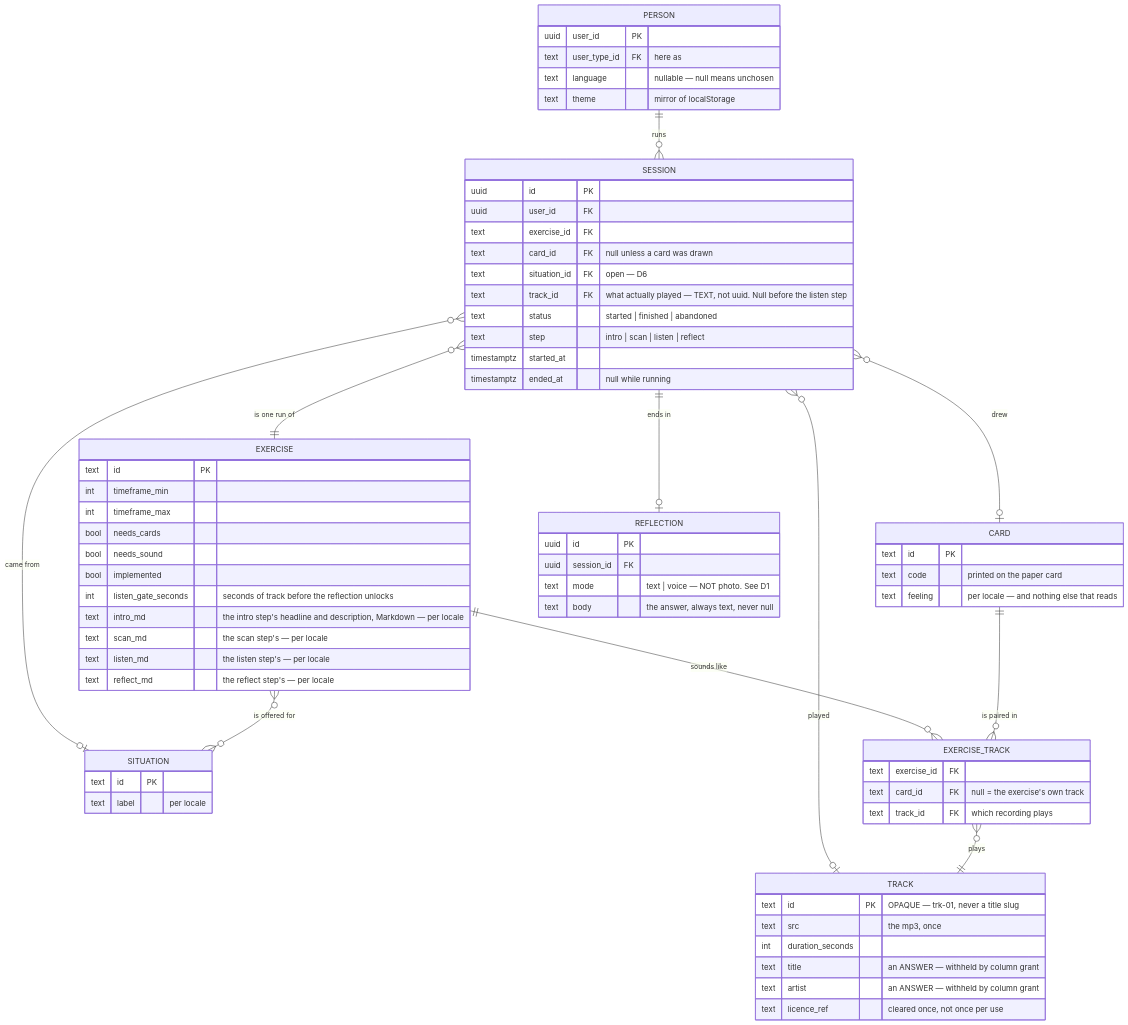
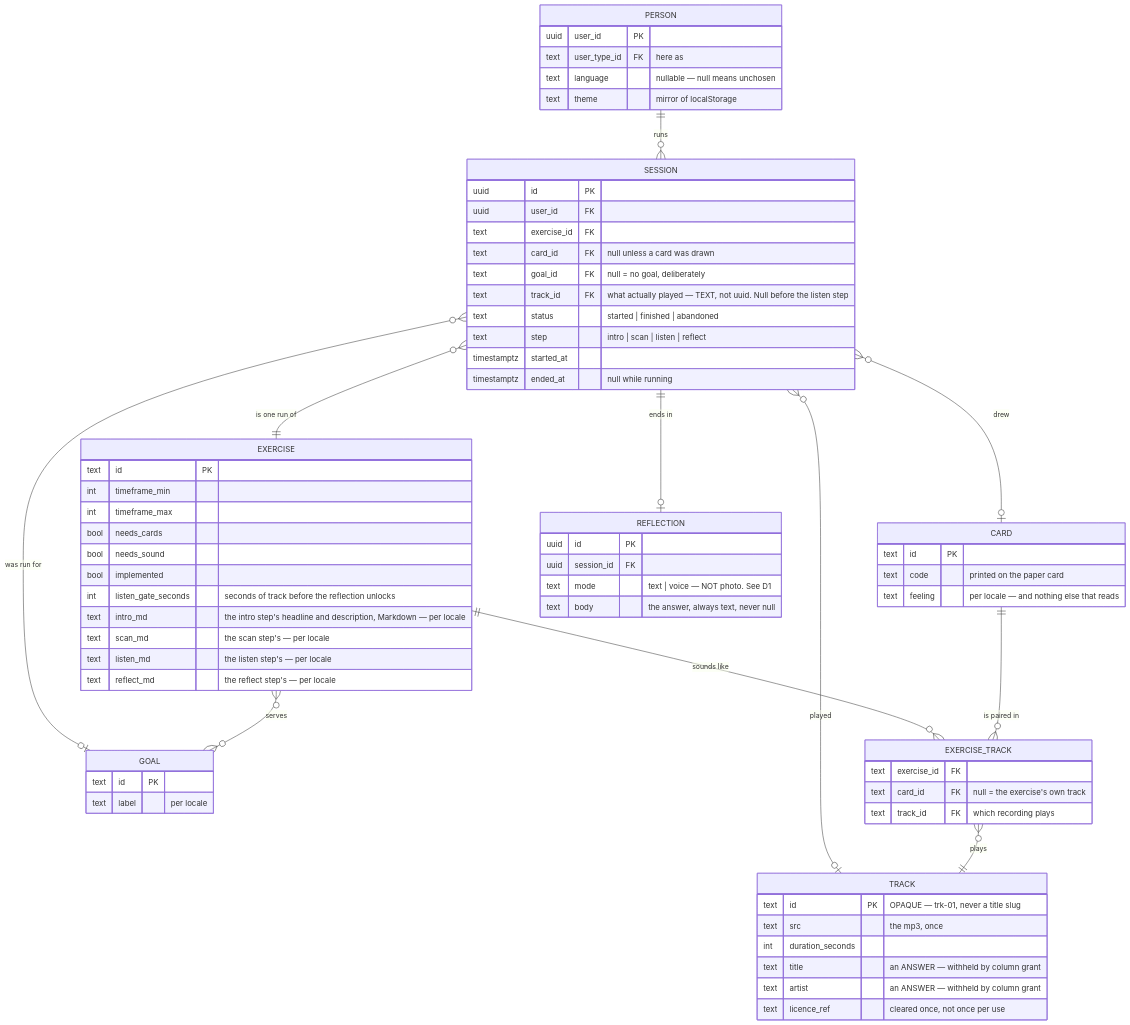
The first of 2 diagrams in DOMAIN-MODEL.md (product-ben/musie), drawn with Mermaid before and after one commit. The commit also changed other lines of this file and 32 other files, not shown here.

First line of the commit message:
A goal is chosen before the deck is dealt, and the session remembers it

````diff
--- a/DOMAIN-MODEL.md
+++ b/DOMAIN-MODEL.md
@@ -26,73 +26,73 @@
 ```mermaid
 erDiagram
     PERSON ||--o{ SESSION : "runs"
     SESSION }o--|| EXERCISE : "is one run of"
     SESSION }o--o| CARD : "drew"
-    SESSION }o--o| SITUATION : "came from"
+    SESSION }o--o| GOAL : "was run for"
     SESSION ||--o| REFLECTION : "ends in"
     SESSION }o--o| TRACK : "played"
-    EXERCISE }o--o{ SITUATION : "is offered for"
+    EXERCISE }o--o{ GOAL : "serves"
     EXERCISE ||--o{ EXERCISE_TRACK : "sounds like"
     CARD ||--o{ EXERCISE_TRACK : "is paired in"
     EXERCISE_TRACK }o--|| TRACK : "plays"
 
     PERSON {
         uuid user_id PK
         text user_type_id FK "here as"
         text language "nullable — null means unchosen"
         text theme "mirror of localStorage"
     }
     SESSION {
         uuid id PK
         uuid user_id FK
         text exercise_id FK
         text card_id FK "null unless a card was drawn"
-        text situation_id FK "open — D6"
+        text goal_id FK "null = no goal, deliberately"
         text track_id FK "what actually played — TEXT, not uuid. Null before the listen step"
         text status "started | finished | abandoned"
         text step "intro | scan | listen | reflect"
         timestamptz started_at
         timestamptz ended_at "null while running"
     }
     EXERCISE {
         text id PK
         int timeframe_min
         int timeframe_max
         bool needs_cards
         bool needs_sound
         bool implemented
         int listen_gate_seconds "seconds of track before the reflection unlocks"
         text intro_md "the intro step's headline and description, Markdown — per locale"
         text scan_md "the scan step's — per locale"
         text listen_md "the listen step's — per locale"
         text reflect_md "the reflect step's — per locale"
     }
     CARD {
         text id PK
         text code "printed on the paper card"
         text feeling "per locale — and nothing else that reads"
     }
     TRACK {
         text id PK "OPAQUE — trk-01, never a title slug"
         text src "the mp3, once"
         int duration_seconds
         text title "an ANSWER — withheld by column grant"
         text artist "an ANSWER — withheld by column grant"
         text licence_ref "cleared once, not once per use"
     }
     EXERCISE_TRACK {
         text exercise_id FK
         text card_id FK "null = the exercise's own track"
         text track_id FK "which recording plays"
     }
-    SITUATION {
+    GOAL {
         text id PK
         text label "per locale"
     }
     REFLECTION {
         uuid id PK
         uuid session_id FK
         text mode "text | voice — NOT photo. See D1"
         text body "the answer, always text, never null"
     }
 ```
````
